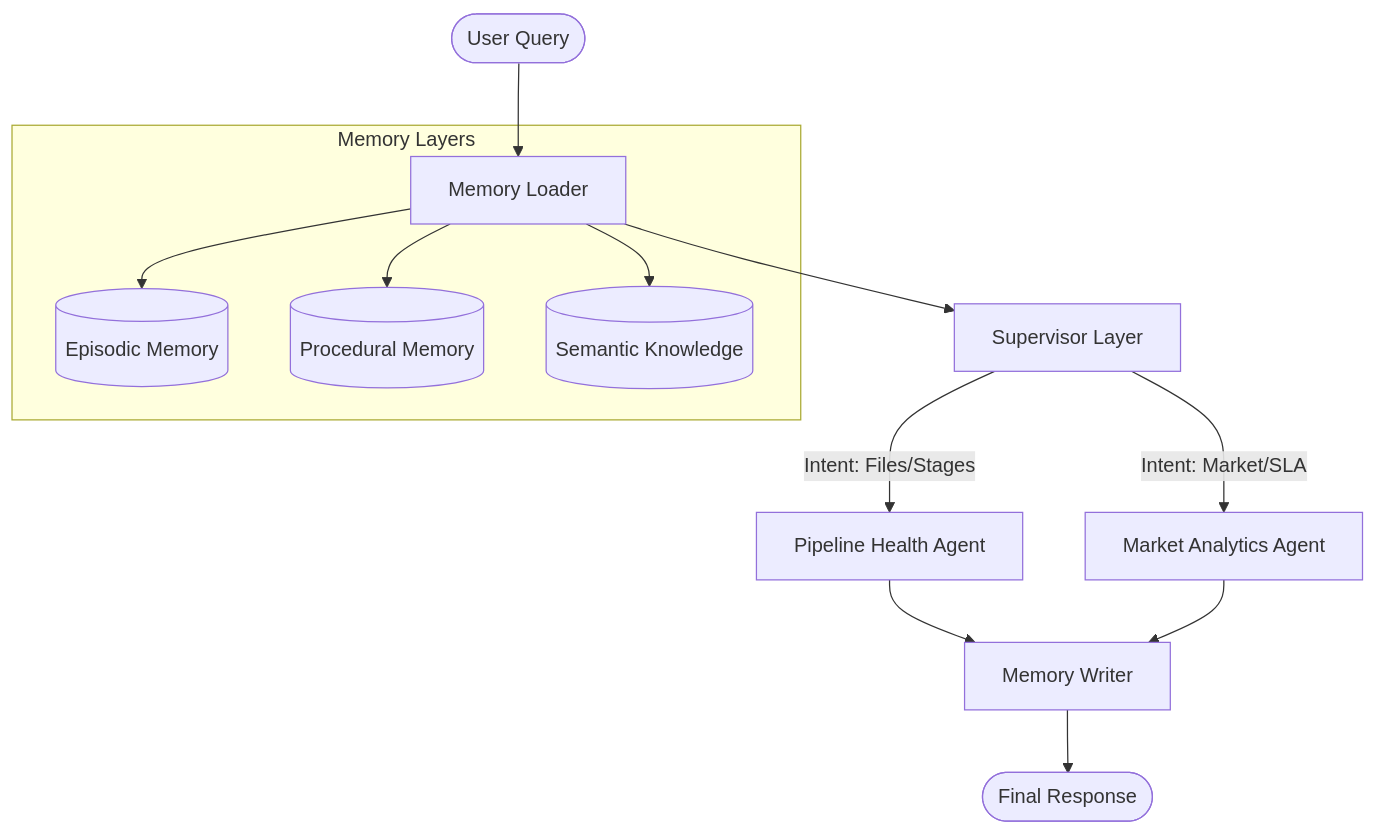
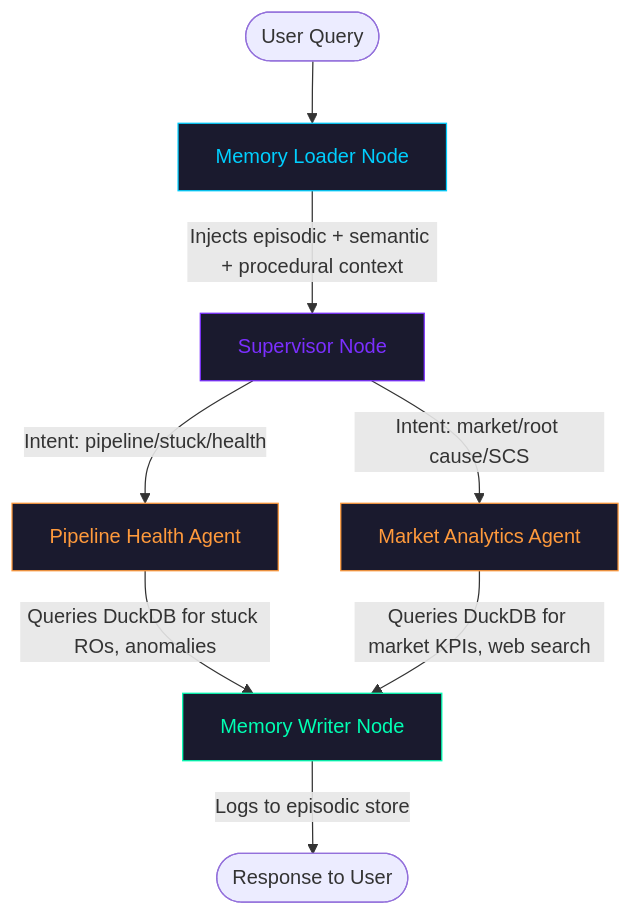
One commit to chehekagrawal/Healthcare-roster-agent changed the diagram in README.md. Above: the diagram before and after it, drawn with Mermaid. The commit also changed other lines of this file, not shown here.

Commit message:
implement report generation from Markdown to PDF and include pipeline health reports.

````diff
--- a/README.md
+++ b/README.md
@@ -99,17 +146,16 @@
 ```mermaid
 graph TD
-    User([User Query]) --> ML[Memory Loader]
-    ML --> SL[Supervisor Layer]
-    SL -- Intent: Files/Stages --> PA[Pipeline Health Agent]
-    SL -- Intent: Market/SLA --> MA[Market Analytics Agent]
+    START([User Query]) --> ML[Memory Loader Node]
+    ML -->|Injects episodic + semantic + procedural context| SUP[Supervisor Node]
+    SUP -->|"Intent: pipeline/stuck/health"| PHA[Pipeline Health Agent]
+    SUP -->|"Intent: market/root cause/SCS"| MAA[Market Analytics Agent]
+    PHA -->|Queries DuckDB for stuck ROs, anomalies| MW[Memory Writer Node]
+    MAA -->|Queries DuckDB for market KPIs, web search| MW
+    MW -->|Logs to episodic store| END([Response to User])
     
-    subgraph Memory Layers
-        ML --> EP[(Episodic Memory)]
-        ML --> PR[(Procedural Memory)]
-        ML --> SM[(Semantic Knowledge)]
-    end
-    
-    PA --> MW[Memory Writer]
-    MA --> MW
-    MW --> Out([Final Response])
+    style ML fill:#1a1a2e,color:#00CFFF,stroke:#00CFFF
+    style SUP fill:#1a1a2e,color:#7B2FFF,stroke:#7B2FFF
+    style PHA fill:#1a1a2e,color:#FF9A3C,stroke:#FF9A3C
+    style MAA fill:#1a1a2e,color:#FF9A3C,stroke:#FF9A3C
+    style MW fill:#1a1a2e,color:#00FFB3,stroke:#00FFB3
 ```
````
